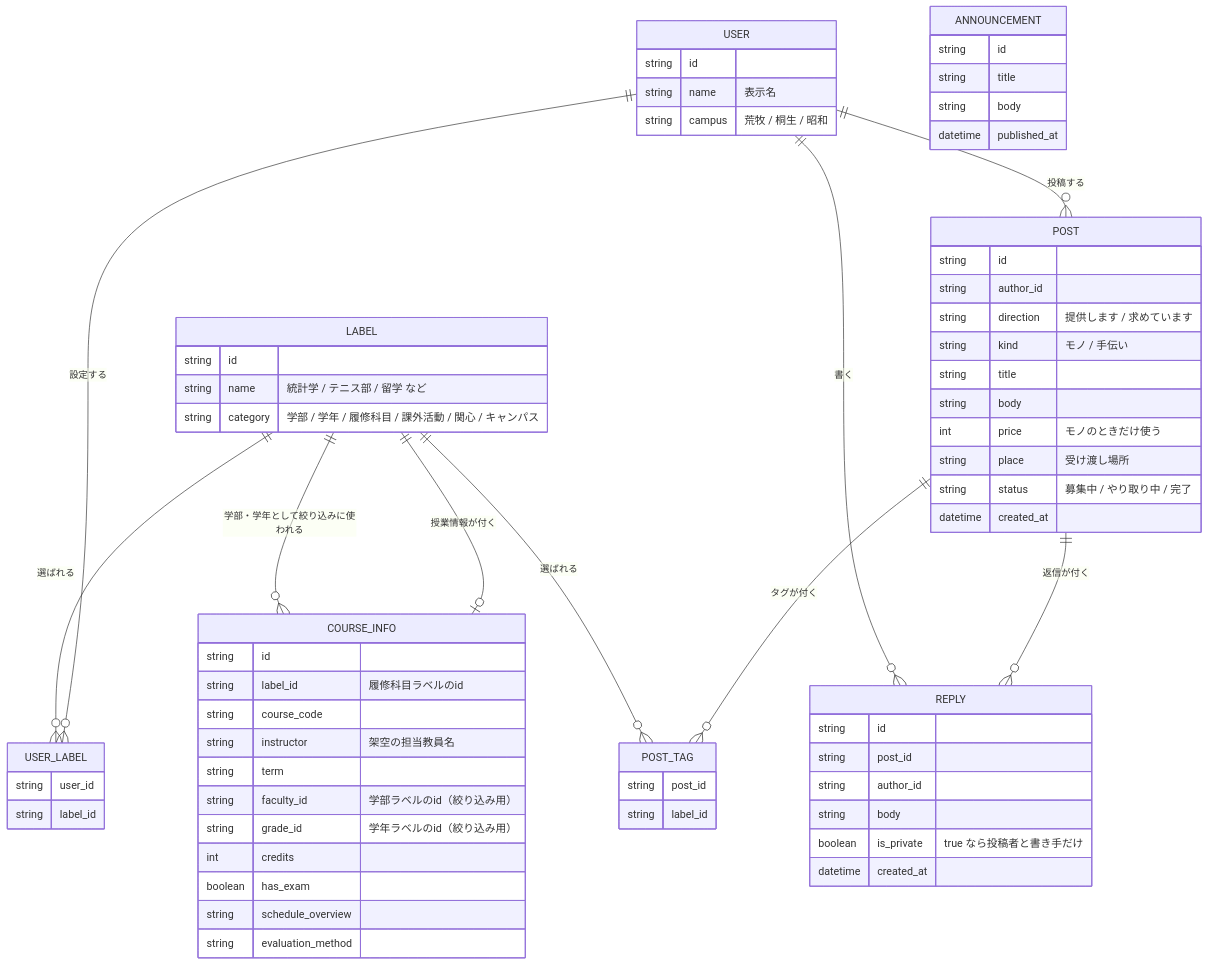
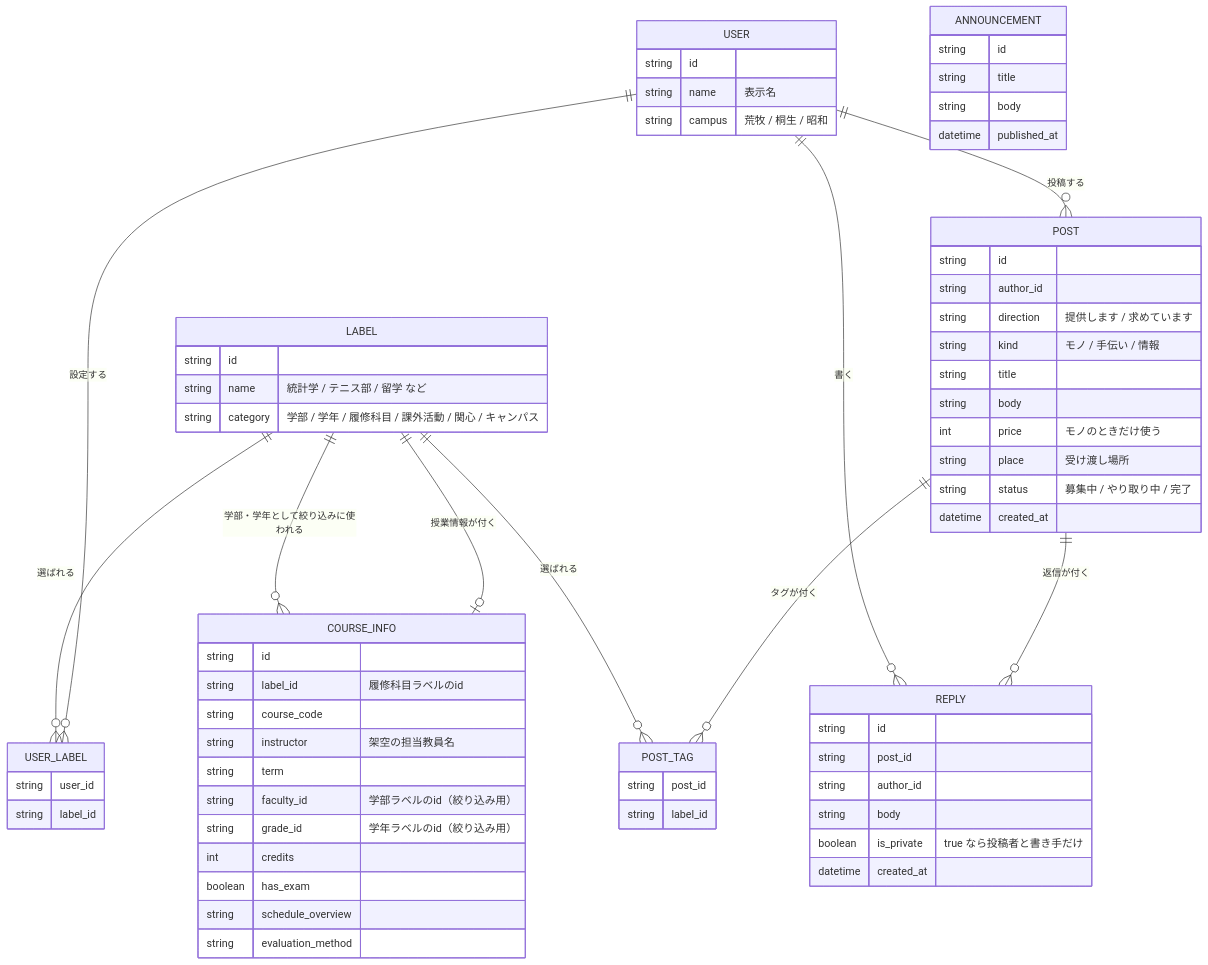
One commit to st-yuka0310/platform_app changed the diagram in README.md. Above: the diagram before and after it, drawn with Mermaid. The commit also changed other lines of this file and 11 other files, not shown here.

````diff
--- a/README.md
+++ b/README.md
@@ -414,70 +417,70 @@
 ```mermaid
 erDiagram
     USER ||--o{ USER_LABEL : "設定する"
     LABEL ||--o{ USER_LABEL : "選ばれる"
     USER ||--o{ POST : "投稿する"
     POST ||--o{ POST_TAG : "タグが付く"
     LABEL ||--o{ POST_TAG : "選ばれる"
     POST ||--o{ REPLY : "返信が付く"
     USER ||--o{ REPLY : "書く"
 
     USER {
         string id
         string name "表示名"
         string campus "荒牧 / 桐生 / 昭和"
     }
     LABEL {
         string id
         string name "統計学 / テニス部 / 留学 など"
         string category "学部 / 学年 / 履修科目 / 課外活動 / 関心 / キャンパス"
     }
     USER_LABEL {
         string user_id
         string label_id
     }
     POST {
         string id
         string author_id
         string direction "提供します / 求めています"
-        string kind "モノ / 手伝い"
+        string kind "モノ / 手伝い / 情報"
         string title
         string body
         int price "モノのときだけ使う"
         string place "受け渡し場所"
         string status "募集中 / やり取り中 / 完了"
         datetime created_at
     }
     POST_TAG {
         string post_id
         string label_id
     }
     REPLY {
         string id
         string post_id
         string author_id
         string body
         boolean is_private "true なら投稿者と書き手だけ"
         datetime created_at
     }
     ANNOUNCEMENT {
         string id
         string title
         string body
         datetime published_at
     }
     LABEL ||--o| COURSE_INFO : "授業情報が付く"
     LABEL ||--o{ COURSE_INFO : "学部・学年として絞り込みに使われる"
     COURSE_INFO {
         string id
         string label_id "履修科目ラベルのid"
         string course_code
         string instructor "架空の担当教員名"
         string term
         string faculty_id "学部ラベルのid（絞り込み用）"
         string grade_id "学年ラベルのid（絞り込み用）"
         int credits
         boolean has_exam
         string schedule_overview
         string evaluation_method
     }
 ```
````
